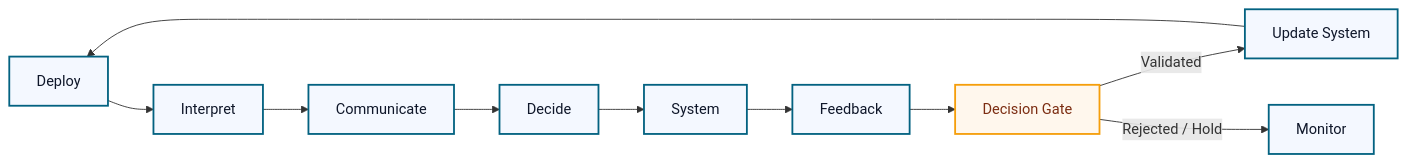
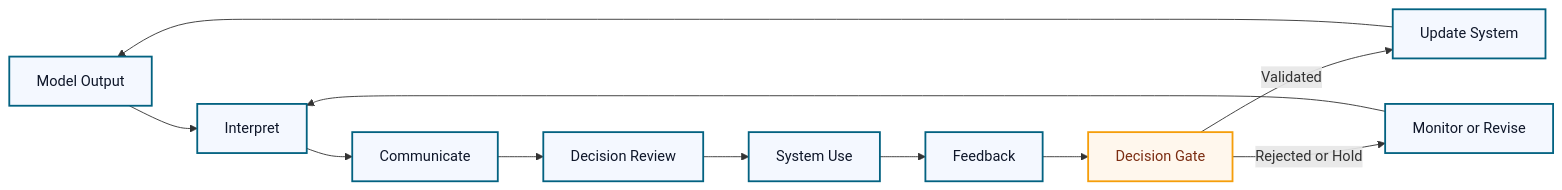
One commit to datainsights/applied-data-science changed the second of 3 diagrams in 00-preface.qmd. Above: the diagram before and after it, drawn with Mermaid. The commit also changed other lines of this file and 59 other files, not shown here.

````diff
--- a/00-preface.qmd
+++ b/00-preface.qmd
@@ -126,23 +183,24 @@
 ```{mermaid}
 flowchart LR
 
-  A[Deploy] --> B[Interpret]
+  A[Model Output] --> B[Interpret]
   B --> C[Communicate]
-  C --> D[Decide]
-  D --> E[System]
+  C --> D[Decision Review]
+  D --> E[System Use]
 
   E --> F[Feedback]
 
   F --> G[Decision Gate]
 
   G -->|Validated| H[Update System]
-  G -->|Rejected / Hold| I[Monitor]
+  G -->|Rejected or Hold| I[Monitor or Revise]
 
   H --> A
+  I --> B
 
   classDef stage fill:#f4f8ff,stroke:#036281,stroke-width:2px,color:#0f172a;
   classDef decision fill:#fff7ed,stroke:#f59e0b,stroke-width:2px,color:#7c2d12;
 
   class A,B,C,D,E,F,H,I stage;
   class G decision;
 ```
````
